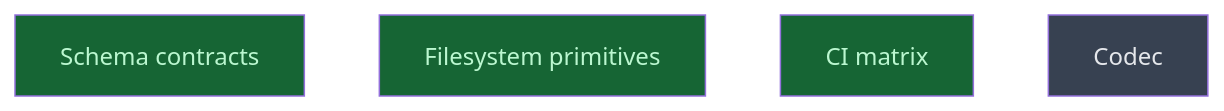
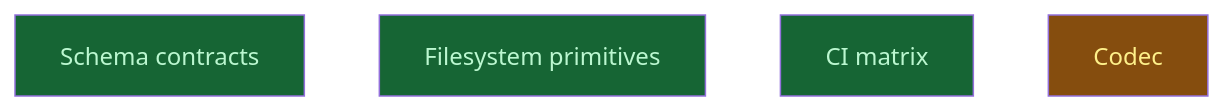
Before and after one commit to CrackingShells/cracking-shells-playbook: the diagram in __roadmap__/m1-core-foundation/settle/build/README.md, drawn with Mermaid. The commit also changed other lines of this file and 1 other file, not shown here.

Commit message:
chore(roadmap): start the m1 codec and versions

````diff
--- a/__roadmap__/m1-core-foundation/settle/build/README.md
+++ b/__roadmap__/m1-core-foundation/settle/build/README.md
@@ -20,12 +20,12 @@
 ```mermaid
 graph TD
     schema_contracts[Schema contracts]:::done
     fs_primitives[Filesystem primitives]:::done
     ci_matrix[CI matrix]:::done
-    codec[Codec]:::planned
+    codec[Codec]:::inprogress
     classDef done       fill:#166534,color:#bbf7d0
     classDef inprogress fill:#854d0e,color:#fef08a
     classDef planned    fill:#374151,color:#e5e7eb
     classDef amendment  fill:#1e3a5f,color:#bfdbfe
     classDef blocked    fill:#7f1d1d,color:#fecaca
 ```
````
